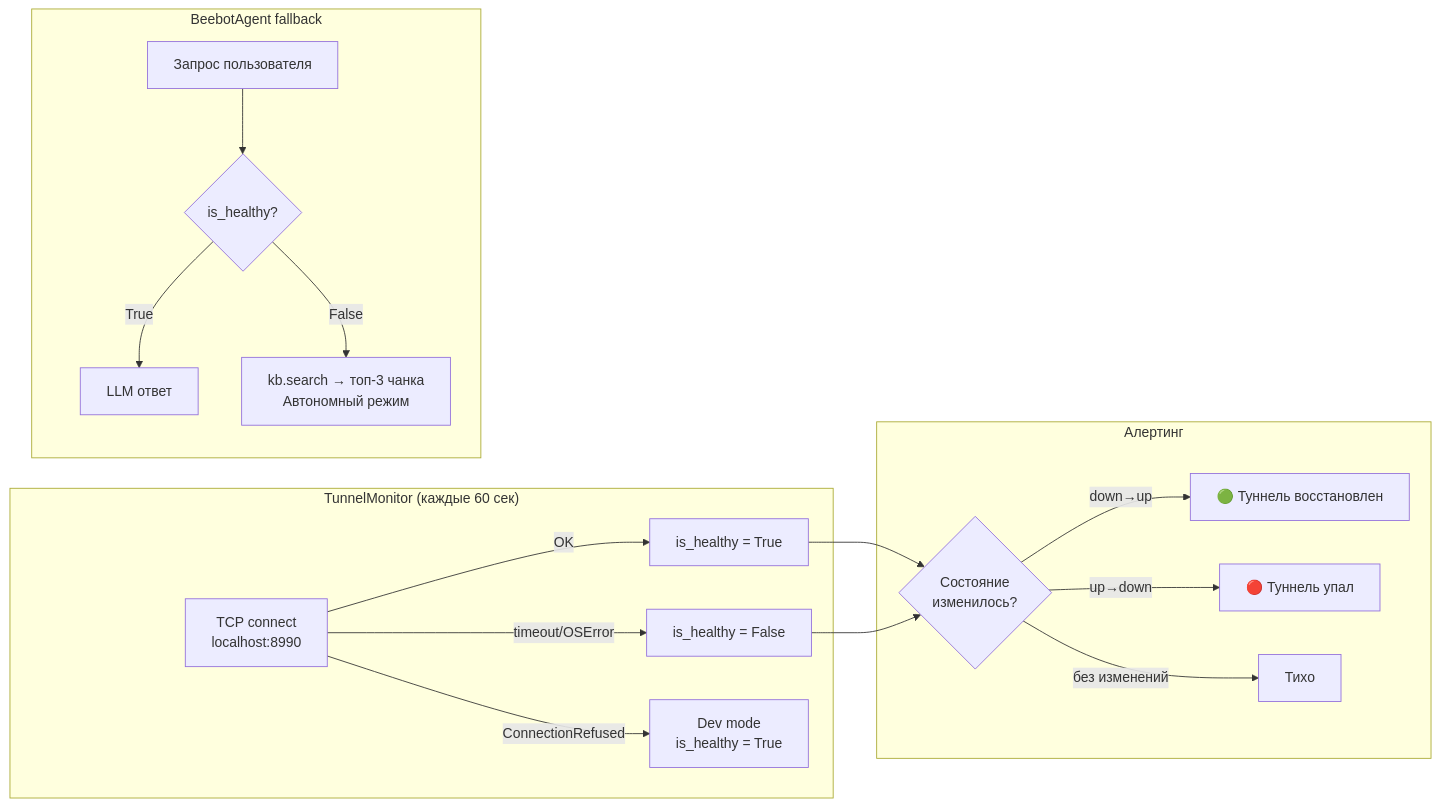
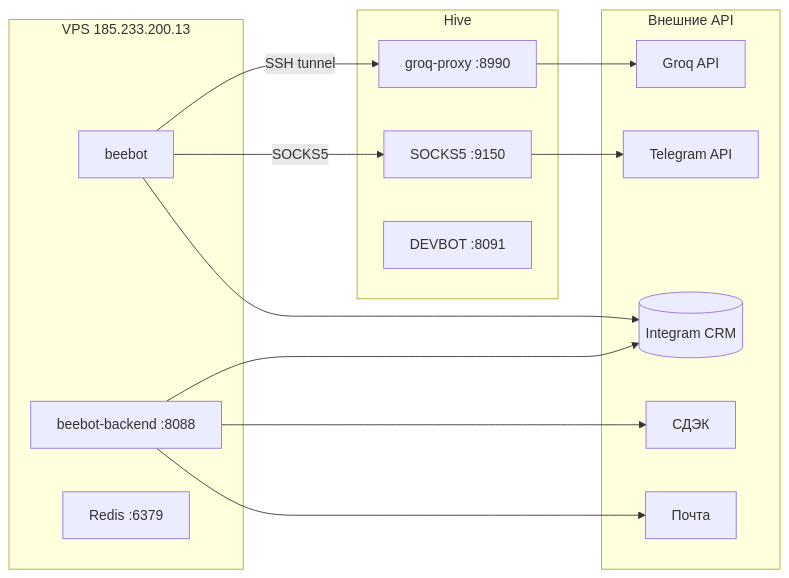
Diagram 11 of 11 in docs/architecture.md (unidel2035/BEEBOT), drawn with Mermaid before and after one commit. The commit also changed other lines of this file, not shown here.

First line of the commit message:
docs: обновить architecture.md — Hexagonal Architecture v2.0 (было → стало) (#140)

````diff
--- a/docs/architecture.md
+++ b/docs/architecture.md
@@ -559,22 +398,27 @@
 ```mermaid
-flowchart LR
-    subgraph Monitor["TunnelMonitor (каждые 60 сек)"]
-        TCP[TCP connect\nlocalhost:8990]
-        TCP -->|OK| HEALTHY[is_healthy = True]
-        TCP -->|timeout/OSError| UNHEALTHY[is_healthy = False]
-        TCP -->|ConnectionRefused| DEVMODE[Dev mode\nis_healthy = True]
+graph LR
+    subgraph VPS["VPS 185.233.200.13"]
+        BOT[beebot]
+        WEB[beebot-backend :8088]
+        REDIS[Redis :6379]
     end
 
-    subgraph Alert["Алертинг"]
-        HEALTHY & UNHEALTHY --> DIFF{Состояние\nизменилось?}
-        DIFF -->|down→up| UP_ALERT[🟢 Туннель восстановлен]
-        DIFF -->|up→down| DOWN_ALERT[🔴 Туннель упал]
-        DIFF -->|без изменений| SILENCE[Тихо]
+    subgraph HIVE["Hive"]
+        PROXY[groq-proxy :8990]
+        SOCKS[SOCKS5 :9150]
+        DEVBOT[DEVBOT :8091]
     end
 
-    subgraph Fallback["BeebotAgent fallback"]
-        Q[Запрос пользователя] --> CHECK{is_healthy?}
-        CHECK -->|True| LLM[LLM ответ]
-        CHECK -->|False| FAQ[kb.search → топ-3 чанка\nАвтономный режим]
+    subgraph EXT["Внешние API"]
+        GROQ[Groq API]
+        TG[Telegram API]
+        CRM_EXT[(Integram CRM)]
+        CDEK[СДЭК]
+        POCHTA[Почта]
     end
+
+    BOT -->|SSH tunnel| PROXY --> GROQ
+    BOT -->|SOCKS5| SOCKS --> TG
+    BOT & WEB --> CRM_EXT
+    WEB --> CDEK & POCHTA
 ```
````
